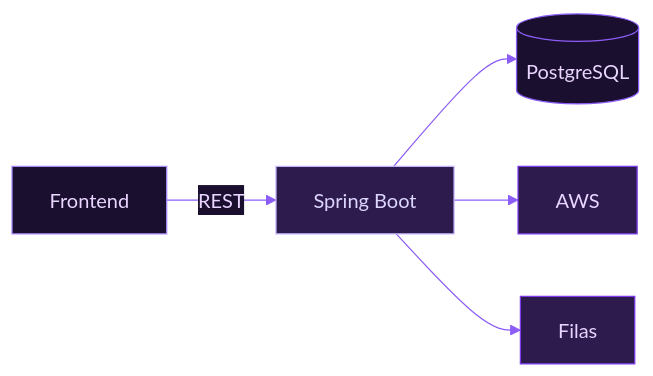
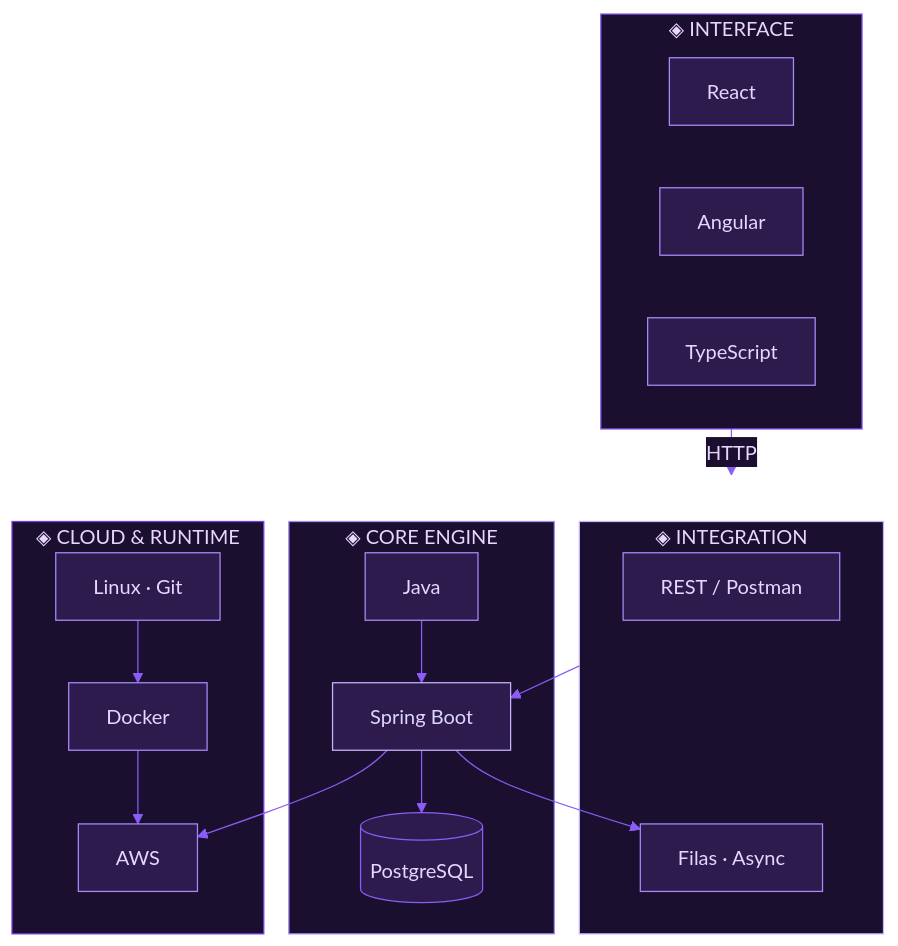
The diagram in README.md (KarolDiniz/KarolDiniz), drawn with Mermaid before and after one commit. The commit also changed other lines of this file, not shown here.

````diff
--- a/README.md
+++ b/README.md
@@ -137,13 +171,42 @@
 ```mermaid
-%%{init: {'theme': 'base', 'themeVariables': { 'primaryColor': '#2d1b4e', 'primaryTextColor': '#e9d5ff', 'primaryBorderColor': '#a78bfa', 'lineColor': '#8b5cf6', 'secondaryColor': '#1a0f2e', 'tertiaryColor': '#4c1d95'}}}%%
-flowchart LR
-  FE["Frontend"] -->|REST| SB["Spring Boot"]
-  SB --> PG[("PostgreSQL")]
-  SB --> AWS["AWS"]
-  SB --> Q["Filas"]
-  style FE fill:#1a0f2e,stroke:#a78bfa,color:#e9d5ff
+%%{init: {'theme': 'base', 'themeVariables': { 'primaryColor': '#2d1b4e', 'primaryTextColor': '#e9d5ff', 'primaryBorderColor': '#a78bfa', 'lineColor': '#8b5cf6', 'secondaryColor': '#1a0f2e', 'tertiaryColor': '#4c1d95', 'clusterBkg': '#1a0f2e', 'clusterBorder': '#7c3aed'}}}%%
+flowchart TB
+  subgraph L4["◈ INTERFACE"]
+    R["React"]
+    A["Angular"]
+    TS["TypeScript"]
+  end
+
+  subgraph L3["◈ INTEGRATION"]
+    REST["REST / Postman"]
+    Q["Filas · Async"]
+  end
+
+  subgraph L1["◈ CORE ENGINE"]
+    SB["Spring Boot"]
+    J["Java"]
+    PG[("PostgreSQL")]
+  end
+
+  subgraph L2["◈ CLOUD & RUNTIME"]
+    AWS["AWS"]
+    DK["Docker"]
+    LX["Linux · Git"]
+  end
+
+  L4 -->|HTTP| L3
+  L3 --> SB
+  J --> SB
+  SB --> PG
+  SB --> Q
+  SB --> AWS
+  DK --> AWS
+  LX --> DK
+
+  style L1 fill:#1a0f2e,stroke:#a78bfa,color:#e9d5ff
+  style L2 fill:#1a0f2e,stroke:#7c3aed,color:#e9d5ff
+  style L3 fill:#1a0f2e,stroke:#c4b5fd,color:#e9d5ff
+  style L4 fill:#1a0f2e,stroke:#8b5cf6,color:#e9d5ff
   style SB fill:#2d1b4e,stroke:#c4b5fd,color:#ddd6fe
-  style PG fill:#1a0f2e,stroke:#8b5cf6,color:#e9d5ff
-  style AWS fill:#2d1b4e,stroke:#7c3aed,color:#e9d5ff
-  style Q fill:#2d1b4e,stroke:#7c3aed,color:#e9d5ff
+  style PG fill:#2d1b4e,stroke:#8b5cf6,color:#e9d5ff
 ```
````
